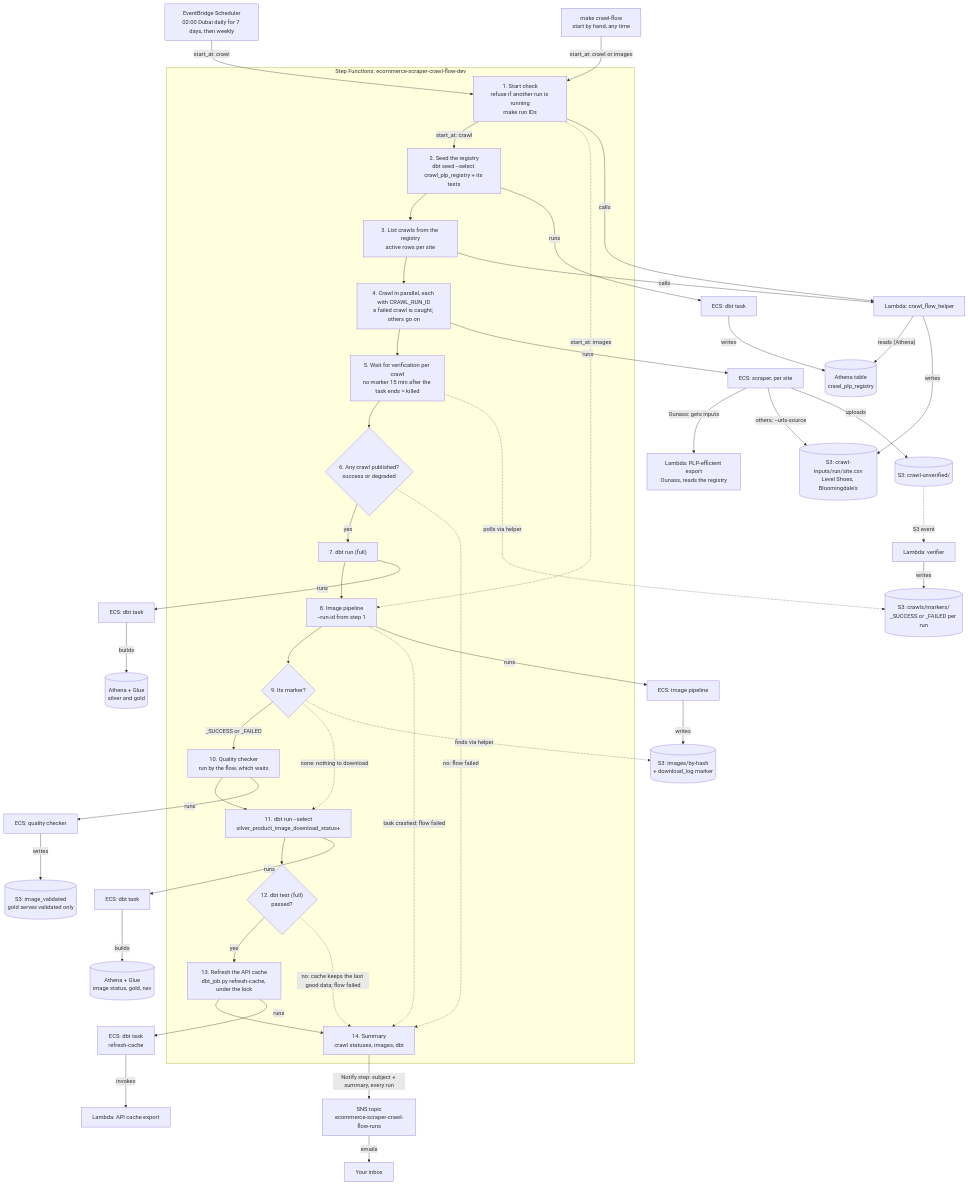
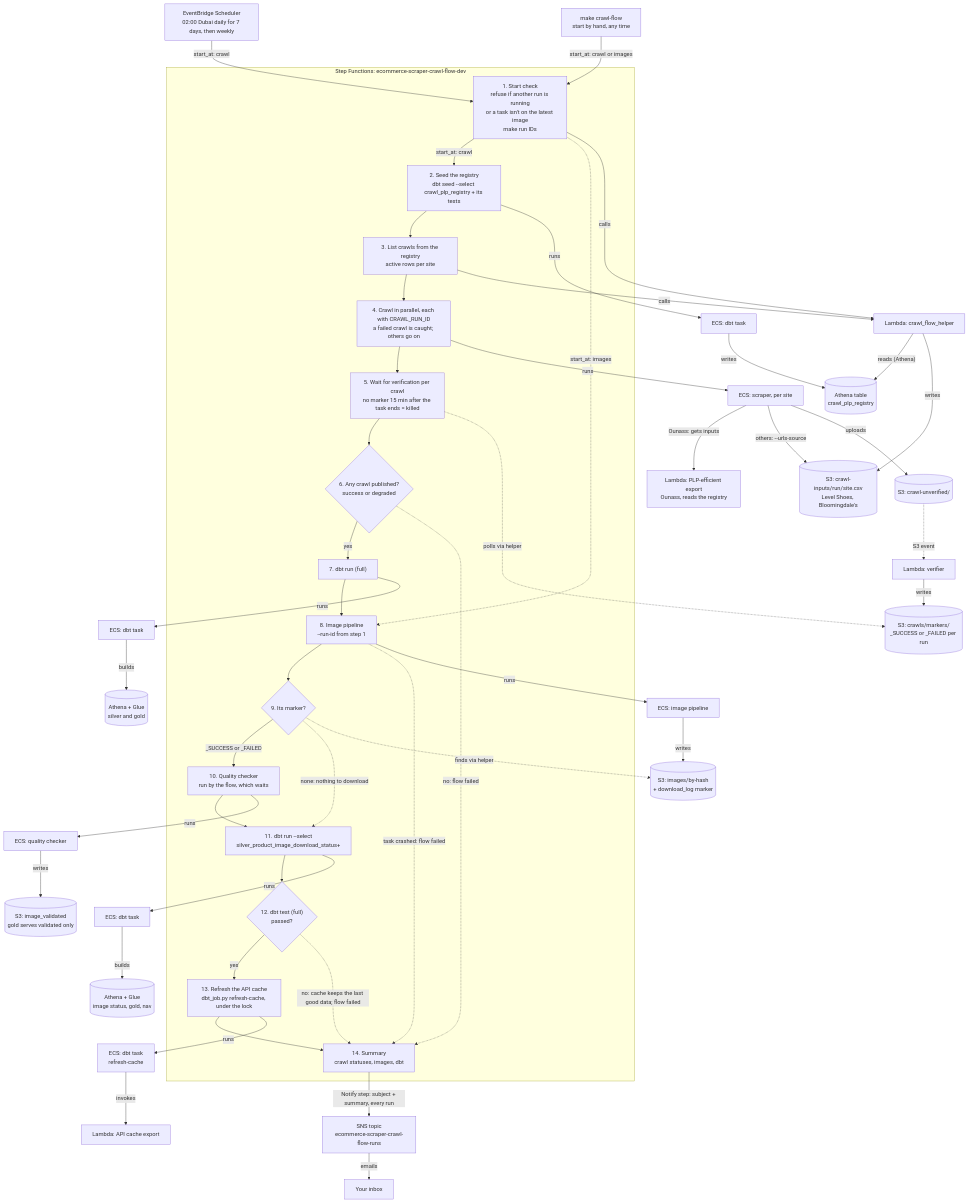
One commit to tareklel/ecommerce-scraper changed the first of 3 diagrams in docs/cicd_architecture.md. Above: the diagram before and after it, drawn with Mermaid. The commit also changed other lines of this file and 6 other files, not shown here.

First line of the commit message:
fix: crawl flow runs only the latest crawler image

```diff
--- a/docs/cicd_architecture.md
+++ b/docs/cicd_architecture.md
@@ -45,7 +45,7 @@
   manual -->|"start_at: crawl or images"| s1
 
   subgraph sfn["Step Functions: ecommerce-scraper-crawl-flow-dev"]
-    s1["1. Start check<br/>refuse if another run is running<br/>make run IDs"]
+    s1["1. Start check<br/>refuse if another run is running<br/>or a task isn't on the latest image<br/>make run IDs"]
     s2["2. Seed the registry<br/>dbt seed --select crawl_plp_registry + its tests"]
     s3["3. List crawls from the registry<br/>active rows per site"]
     s4["4. Crawl in parallel, each with CRAWL_RUN_ID<br/>a failed crawl is caught; others go on"]
```
